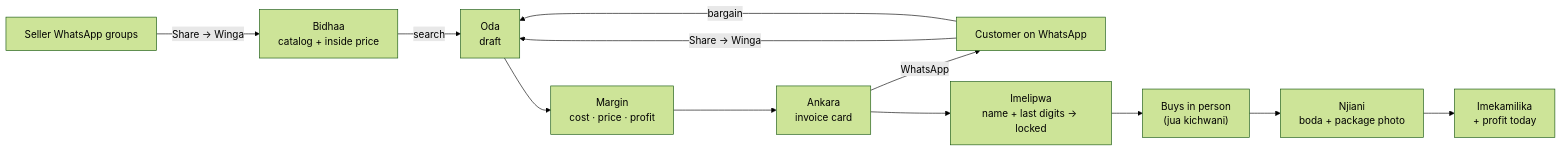
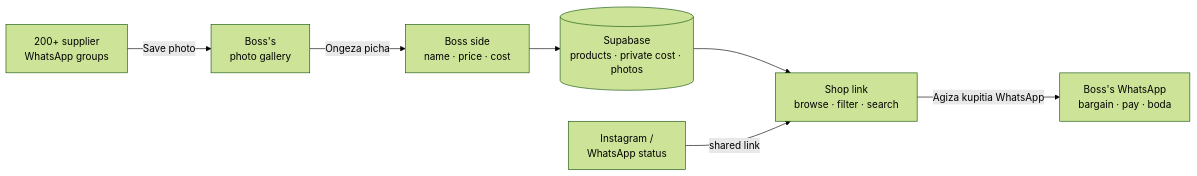
The diagram in README.md (PENGO01/winga), drawn with Mermaid (forest theme) before and after one commit. The commit also changed other lines of this file and 8 other files, not shown here.

````diff
--- a/README.md
+++ b/README.md
@@ -51,14 +42,9 @@
 ```mermaid
 flowchart LR
-    SG["Seller WhatsApp groups"] -- "Share → Winga" --> CAT["Bidhaa<br/>catalog + inside price"]
-    CW["Customer on WhatsApp"] -- "Share → Winga" --> DR["Oda<br/>draft"]
-    CAT -- "search" --> DR
-    DR --> MG["Margin<br/>cost · price · profit"]
-    MG --> INV["Ankara<br/>invoice card"]
-    INV -- "WhatsApp" --> CW
-    CW -- "bargain" --> DR
-    INV --> PAID["Imelipwa<br/>name + last digits → locked"]
-    PAID --> BUY["Buys in person<br/>(jua kichwani)"]
-    BUY --> BODA["Njiani<br/>boda + package photo"]
-    BODA --> DONE["Imekamilika<br/>+ profit today"]
+    G["200+ supplier<br/>WhatsApp groups"] -- "Save photo" --> PH["Boss's<br/>photo gallery"]
+    PH -- "Ongeza picha" --> B["Boss side<br/>name · price · cost"]
+    B --> DB[("Supabase<br/>products · private cost · photos")]
+    DB --> S["Shop link<br/>browse · filter · search"]
+    IG["Instagram /<br/>WhatsApp status"] -- "shared link" --> S
+    S -- "Agiza kupitia WhatsApp" --> W["Boss's WhatsApp<br/>bargain · pay · boda"]
 ```
````
